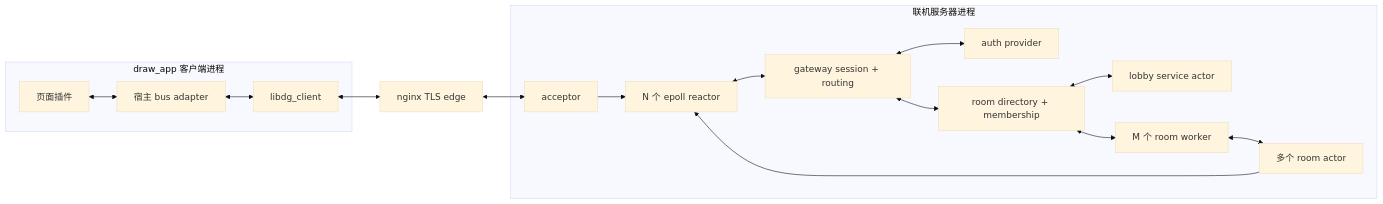
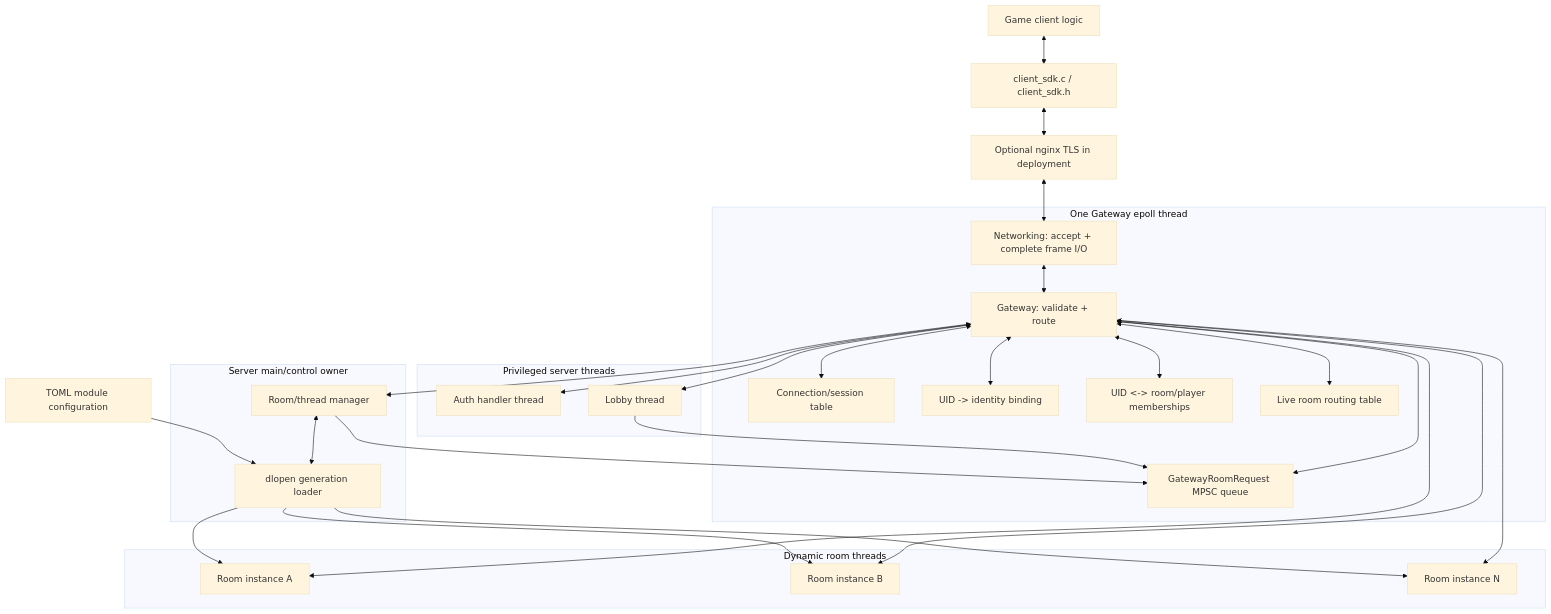
Before and after one commit to jeff31415/Tverse: the first of 5 diagrams in design_drafts/draw_and_guess_c_s/server_arch_and_proto.md, drawn with Mermaid (base theme). The commit also changed other lines of this file, not shown here.

Commit message:
docs: freeze server client architecture plan

````diff
--- a/design_drafts/draw_and_guess_c_s/server_arch_and_proto.md
+++ b/design_drafts/draw_and_guess_c_s/server_arch_and_proto.md
@@ -86,34 +52,57 @@
 ```mermaid
-flowchart LR
-  subgraph ClientProcess["draw_app 客户端进程"]
-    Page["页面插件"]
-    Adapter["宿主 bus adapter"]
-    ClientSdk["libdg_client"]
-    Page <--> Adapter
-    Adapter <--> ClientSdk
+flowchart TD
+  GameClient["Game client logic"]
+  ClientSdk["client_sdk.c / client_sdk.h"]
+  Edge["Optional nginx TLS in deployment"]
+
+  subgraph GatewayThread["One Gateway epoll thread"]
+    Network["Networking: accept + complete frame I/O"]
+    Route["Gateway: validate + route"]
+    ConnMap["Connection/session table"]
+    IdentityMap["UID -> identity binding"]
+    MembershipMap["UID <-> room/player memberships"]
+    RoomRegistry["Live room routing table"]
+    RoomRequests["GatewayRoomRequest MPSC queue"]
+    Network <--> Route
+    Route <--> ConnMap
+    Route <--> IdentityMap
+    Route <--> MembershipMap
+    Route <--> RoomRegistry
+    Route <--> RoomRequests
   end
 
-  Edge["nginx TLS edge"]
-
-  subgraph ServerProcess["联机服务器进程"]
-    Acceptor["acceptor"]
-    Reactor["N 个 epoll reactor"]
-    Gateway["gateway session + routing"]
-    Auth["auth provider"]
-    Directory["room directory + membership"]
-    Lobby["lobby service actor"]
-    Workers["M 个 room worker"]
-    Rooms["多个 room actor"]
-    Reactor <--> Gateway
-    Gateway <--> Auth
-    Gateway <--> Directory
-    Directory <--> Lobby
-    Directory <--> Workers
-    Workers <--> Rooms
+  subgraph MainControl["Server main/control owner"]
+    RoomManager["Room/thread manager"]
+    Loader["dlopen generation loader"]
+    RoomManager <--> Loader
   end
 
+  subgraph PrivilegedThreads["Privileged server threads"]
+    Auth["Auth handler thread"]
+    Lobby["Lobby thread"]
+  end
+
+  subgraph DynamicRooms["Dynamic room threads"]
+    RoomA["Room instance A"]
+    RoomB["Room instance B"]
+    RoomN["Room instance N"]
+  end
+
+  Config["TOML module configuration"]
+
+  GameClient <--> ClientSdk
   ClientSdk <--> Edge
-  Edge <--> Acceptor
-  Acceptor --> Reactor
-  Rooms --> Reactor
+  Edge <--> Network
+  Route <--> Auth
+  Route <--> Lobby
+  Route <--> RoomA
+  Route <--> RoomB
+  Route <--> RoomN
+  Route <--> RoomManager
+  Lobby --> RoomRequests
+  RoomManager --> RoomRequests
+  Config --> Loader
+  Loader --> RoomA
+  Loader --> RoomB
+  Loader --> RoomN
 ```
````
